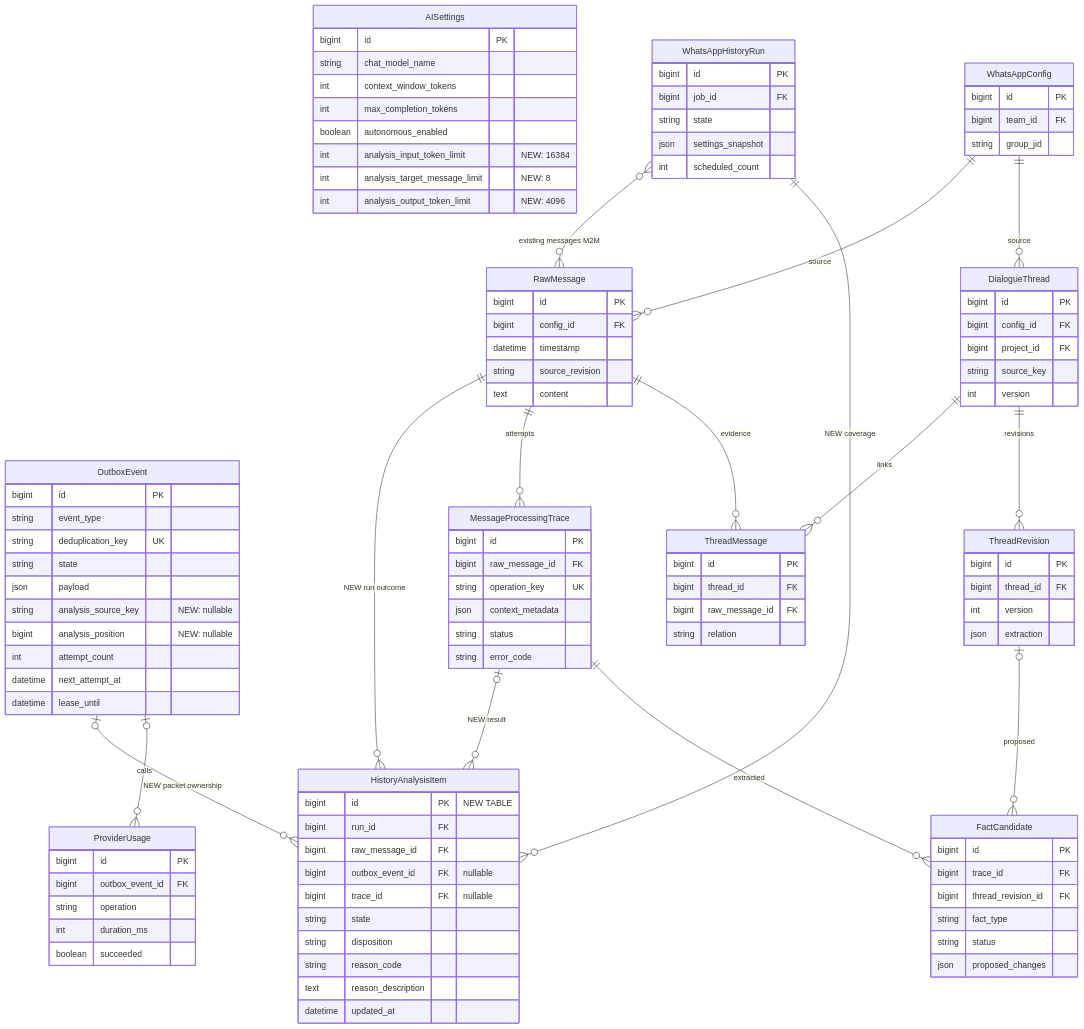
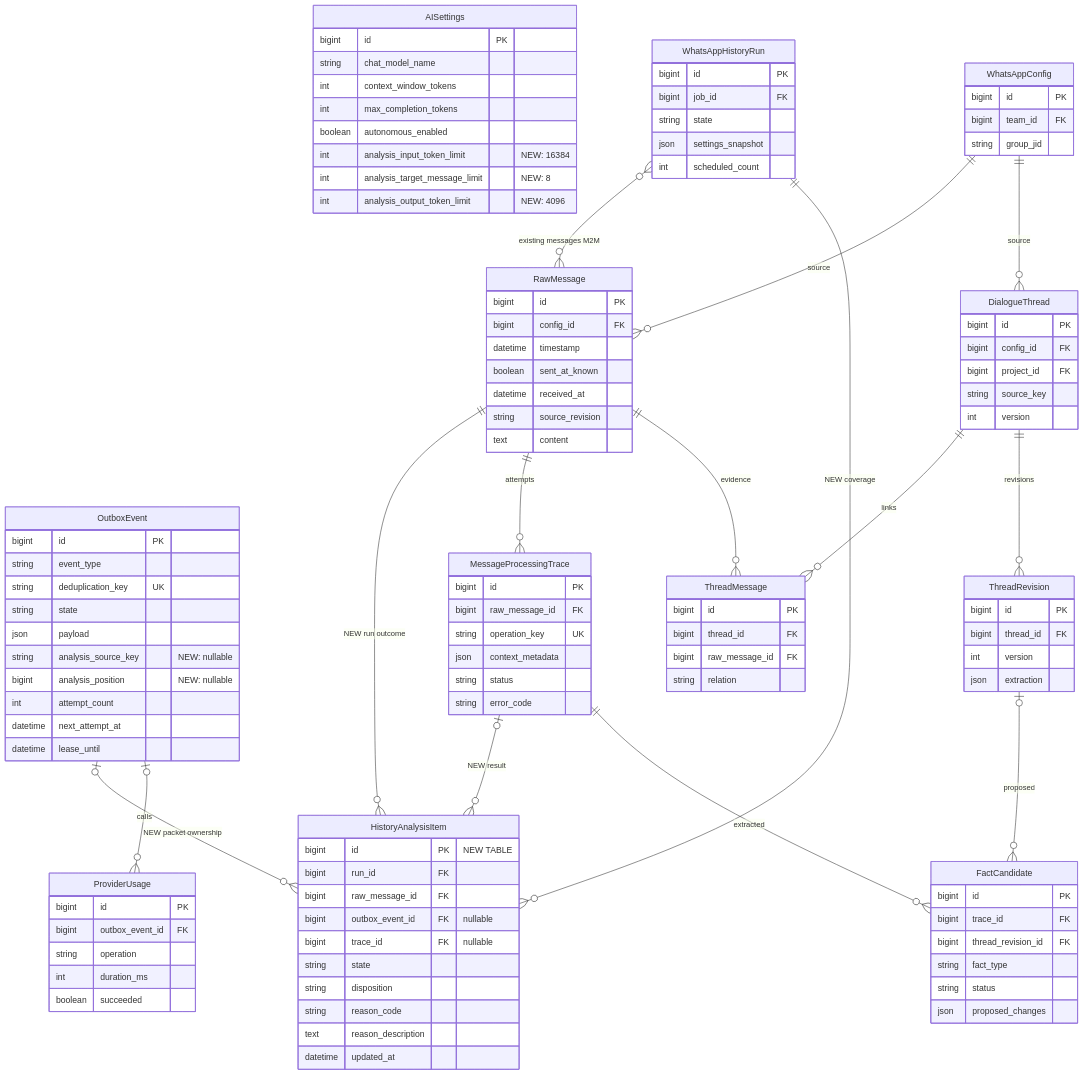
The first of 2 diagrams in specs/task_2026-10-06_23-48-52_MSK.md (envOnion/kz-mazory), drawn with Mermaid before and after one commit. The commit also changed other lines of this file and 17 other files, not shown here.

```diff
--- a/specs/task_2026-10-06_23-48-52_MSK.md
+++ b/specs/task_2026-10-06_23-48-52_MSK.md
@@ -28,6 +28,8 @@
         bigint id PK
         bigint config_id FK
         datetime timestamp
+        boolean sent_at_known
+        datetime received_at
         string source_revision
         text content
     }
```
